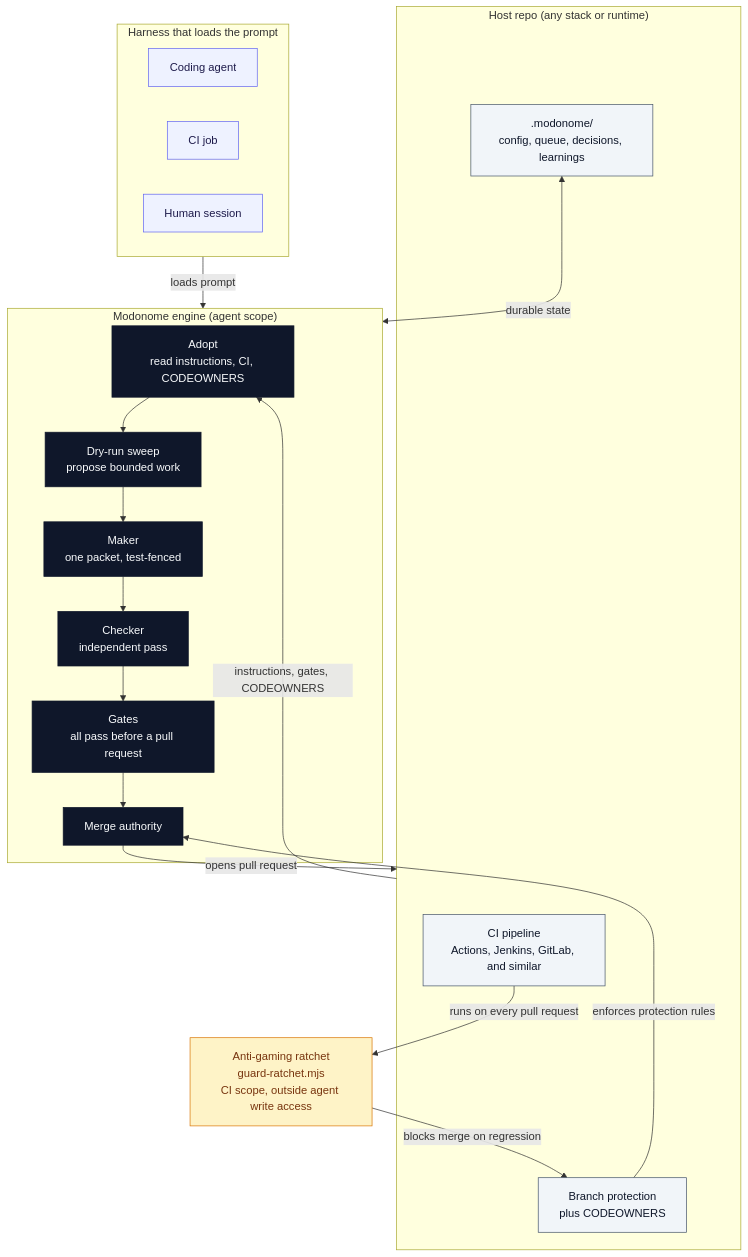
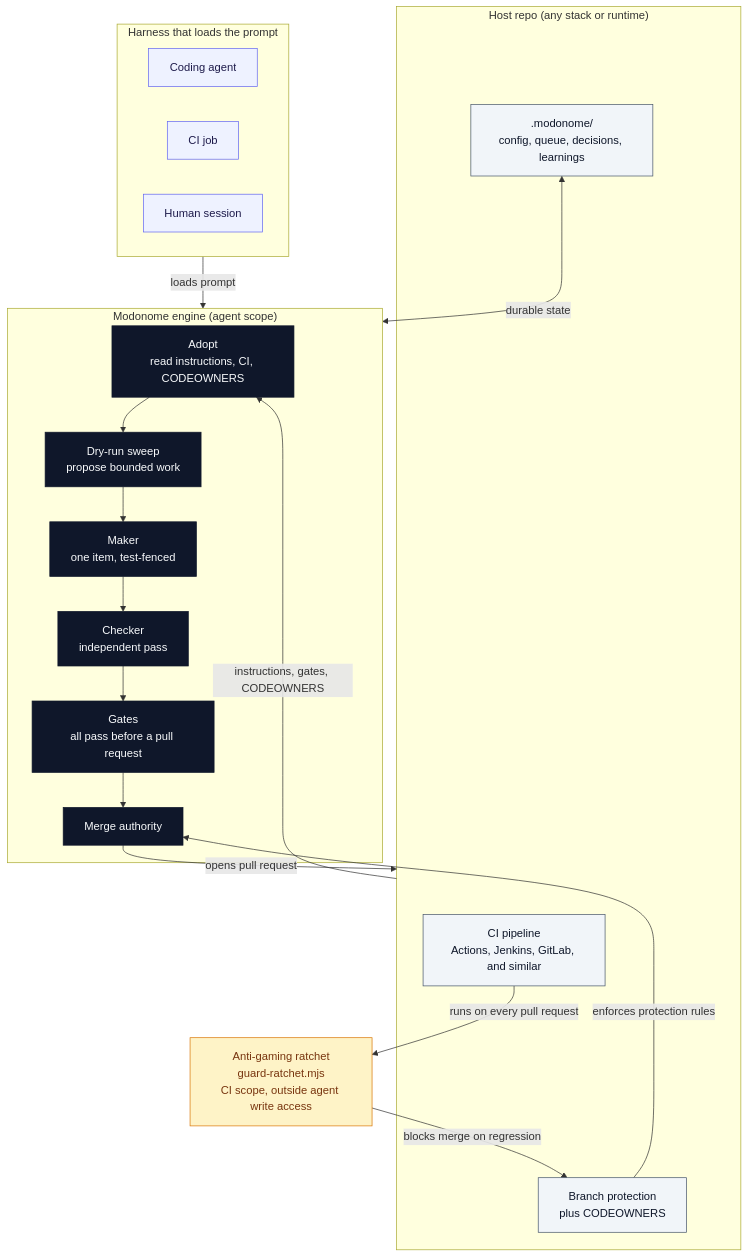
The third of 6 diagrams in ARCHITECTURE.md (enumind/modonome), drawn with Mermaid before and after one commit. The commit also changed other lines of this file and 13 other files, not shown here.

````diff
--- a/ARCHITECTURE.md
+++ b/ARCHITECTURE.md
@@ -203,48 +203,48 @@
 ```mermaid
 flowchart TB
   classDef host fill:#f1f5f9,stroke:#475569,color:#0f172a;
   classDef harness fill:#eef2ff,stroke:#6366f1,color:#1e1b4b;
   classDef agent fill:#0f172a,stroke:#0f172a,color:#f8fafc;
   classDef ci fill:#fef3c7,stroke:#d97706,color:#78350f;
 
   subgraph host ["Host repo (any stack or runtime)"]
     cip["CI pipeline<br/>Actions, Jenkins, GitLab, and similar"]
     bp["Branch protection<br/>plus CODEOWNERS"]
     sd[".modonome/<br/>config, queue, decisions, learnings"]
   end
 
   subgraph harness ["Harness that loads the prompt"]
     h1["Coding agent"]
     h2["CI job"]
     h3["Human session"]
   end
 
   subgraph engine ["Modonome engine (agent scope)"]
     adopt["Adopt<br/>read instructions, CI, CODEOWNERS"]
     sweep["Dry-run sweep<br/>propose bounded work"]
-    maker["Maker<br/>one packet, test-fenced"]
+    maker["Maker<br/>one item, test-fenced"]
     checker["Checker<br/>independent pass"]
     gates["Gates<br/>all pass before a pull request"]
     merge["Merge authority"]
   end
 
   ratchet["Anti-gaming ratchet<br/>guard-ratchet.mjs<br/>CI scope, outside agent write access"]
 
   harness -->|loads prompt| engine
   sd <-->|durable state| engine
   host -->|instructions, gates, CODEOWNERS| adopt
   adopt --> sweep
   sweep --> maker
   maker --> checker
   checker --> gates
   gates --> merge
   merge -->|opens pull request| host
   cip -->|runs on every pull request| ratchet
   ratchet -->|blocks merge on regression| bp
   bp -->|enforces protection rules| merge
 
   class cip,bp,sd host
   class h1,h2,h3 harness
   class adopt,sweep,maker,checker,gates,merge agent
   class ratchet ci
 ```
````
